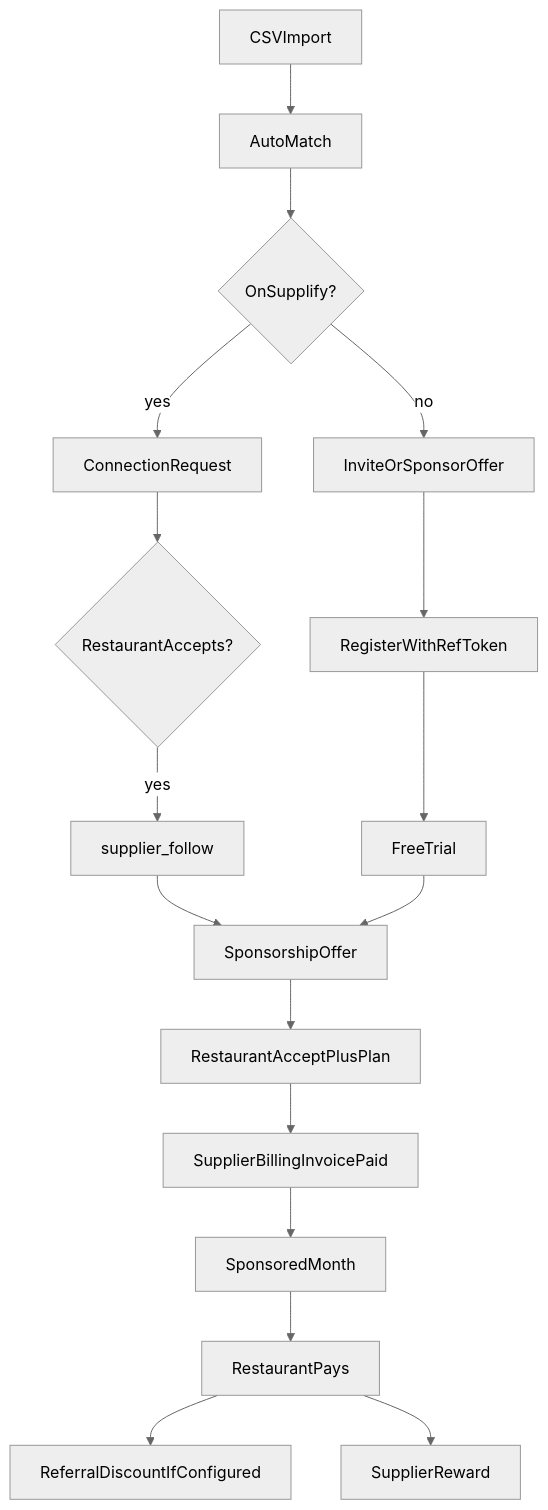
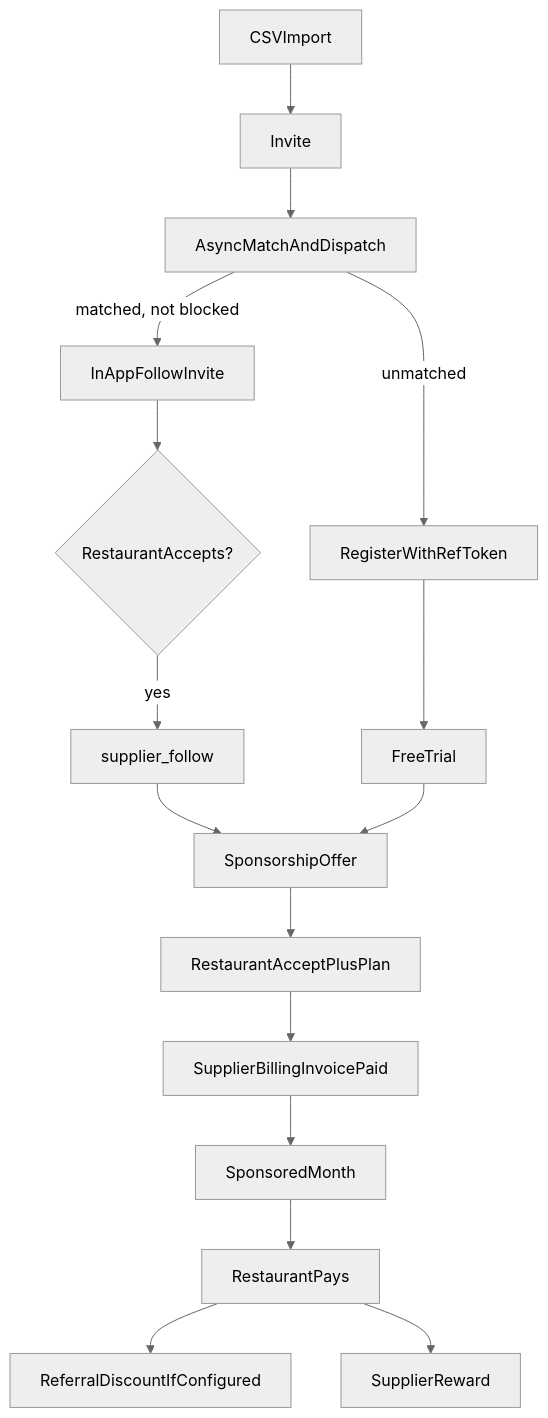
Before and after one commit to ghadimdallaldev/supplify_erp: the second of 2 diagrams in docs/features/supplier-customer-growth.md, drawn with Mermaid (neutral theme). The commit also changed other lines of this file and 23 other files, not shown here.

````diff
--- a/docs/features/supplier-customer-growth.md
+++ b/docs/features/supplier-customer-growth.md
@@ -98,19 +112,18 @@
 ```mermaid
 flowchart TD
-  import[CSVImport] --> match[AutoMatch]
-  match --> existing{OnSupplify?}
-  existing -->|yes| connReq[ConnectionRequest]
-  existing -->|no| invite[InviteOrSponsorOffer]
+  import[CSVImport] --> invite[Invite]
+  invite --> job[AsyncMatchAndDispatch]
+  job -->|matched, not blocked| connReq[InAppFollowInvite]
+  job -->|unmatched| register[RegisterWithRefToken]
   connReq --> acceptConn{RestaurantAccepts?}
   acceptConn -->|yes| follow[supplier_follow]
-  invite --> register[RegisterWithRefToken]
   register --> trial[FreeTrial]
   follow --> sponsorOffer[SponsorshipOffer]
   trial --> sponsorOffer
   sponsorOffer --> restAccept[RestaurantAcceptPlusPlan]
   restAccept --> supplierPay[SupplierBillingInvoicePaid]
   supplierPay --> sponsoredMonth[SponsoredMonth]
   sponsoredMonth --> restaurantPay[RestaurantPays]
   restaurantPay --> discount[ReferralDiscountIfConfigured]
   restaurantPay --> reward[SupplierReward]
 ```
````
